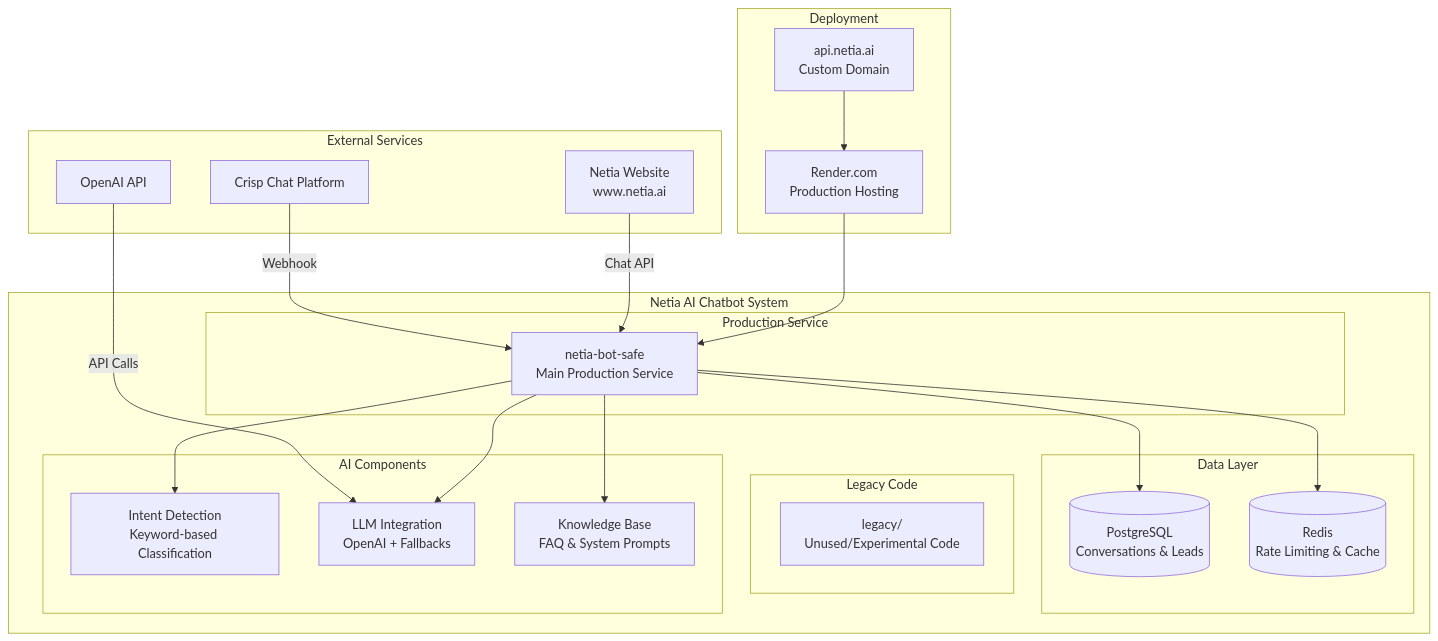
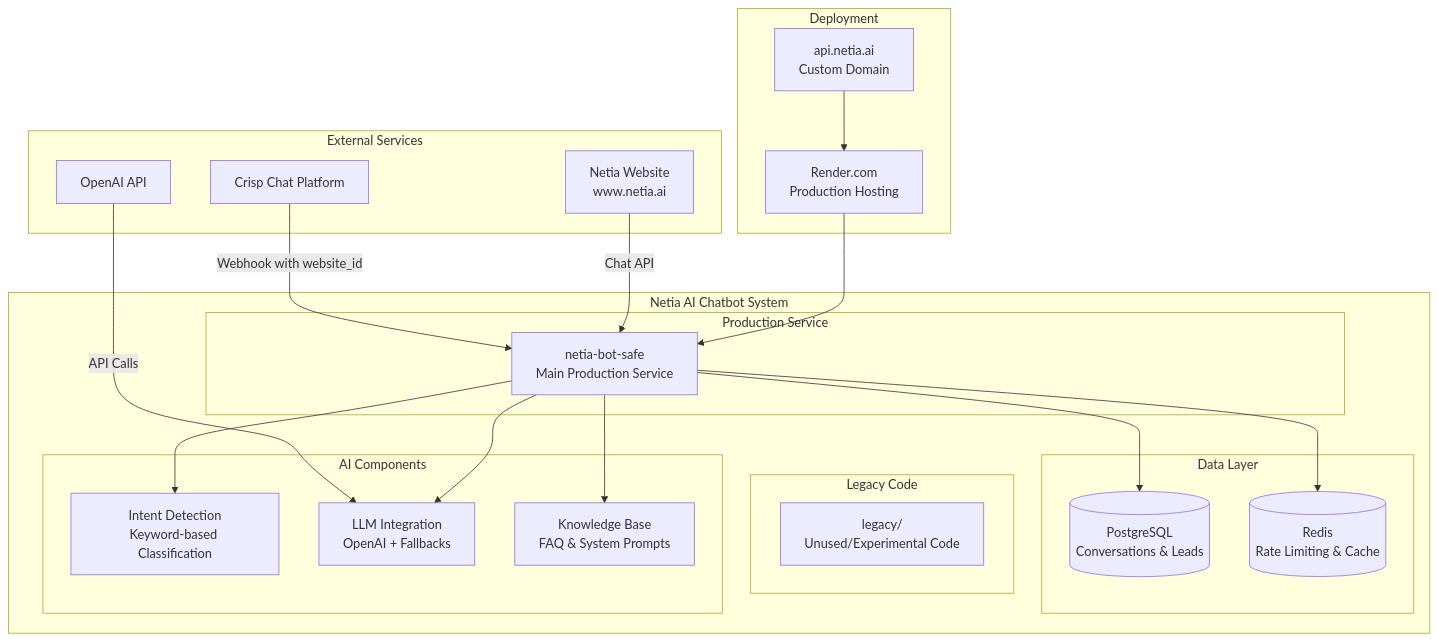
One commit to cabecaturbo/Ai-Chatbot-v1 changed the first of 9 diagrams in legacy/aidocs/03-architecture.md. Above: the diagram before and after it, drawn with Mermaid. The commit also changed other lines of this file and 57 other files, not shown here.

````diff
--- a/legacy/aidocs/03-architecture.md
+++ b/legacy/aidocs/03-architecture.md
@@ -7,50 +7,50 @@
 ```mermaid
 graph TB
     subgraph "External Services"
         Crisp[Crisp Chat Platform]
         OpenAI[OpenAI API]
         Website[Netia Website<br/>www.netia.ai]
     end
     
     subgraph "Netia AI Chatbot System"
         subgraph "Production Service"
             MainBot[netia-bot-safe<br/>Main Production Service]
         end
         
         subgraph "Legacy Code"
             Legacy[legacy/<br/>Unused/Experimental Code]
         end
         
         subgraph "Data Layer"
             Postgres[(PostgreSQL<br/>Conversations & Leads)]
             Redis[(Redis<br/>Rate Limiting & Cache)]
         end
         
         subgraph "AI Components"
             IntentDetector[Intent Detection<br/>Keyword-based Classification]
             NetiaLLM[LLM Integration<br/>OpenAI + Fallbacks]
             KnowledgeBase[Knowledge Base<br/>FAQ & System Prompts]
         end
     end
     
     subgraph "Deployment"
         Render[Render.com<br/>Production Hosting]
         Domain[api.netia.ai<br/>Custom Domain]
     end
     
     %% External connections
-    Crisp -->|Webhook| MainBot
+    Crisp -->|Webhook with website_id| MainBot
     Website -->|Chat API| MainBot
     OpenAI -->|API Calls| NetiaLLM
     
     %% Internal connections
     MainBot --> IntentDetector
     MainBot --> NetiaLLM
     MainBot --> KnowledgeBase
     MainBot --> Postgres
     MainBot --> Redis
     
     %% Deployment
     Render --> MainBot
     Domain --> Render
 ```
````
